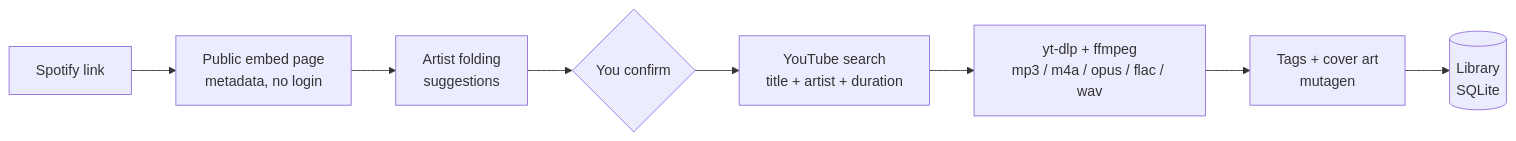
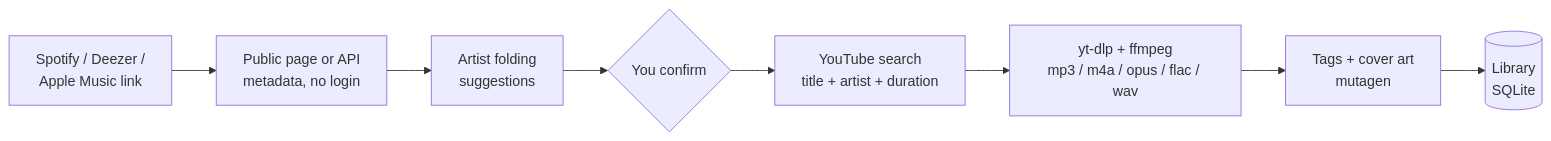
One commit to Hercegman/tunefold changed the diagram in README.md. Above: the diagram before and after it, drawn with Mermaid. The commit also changed other lines of this file and 28 other files, not shown here.

````diff
--- a/README.md
+++ b/README.md
@@ -88,10 +98,10 @@
 ```mermaid
 flowchart LR
-    A[Spotify link] --> B[Public embed page<br/>metadata, no login]
+    A[Spotify / Deezer /<br/>Apple Music link] --> B[Public page or API<br/>metadata, no login]
     B --> C[Artist folding<br/>suggestions]
     C --> D{You confirm}
     D --> E[YouTube search<br/>title + artist + duration]
     E --> F[yt-dlp + ffmpeg<br/>mp3 / m4a / opus / flac / wav]
     F --> G[Tags + cover art<br/>mutagen]
     G --> H[(Library<br/>SQLite)]
 ```
````
